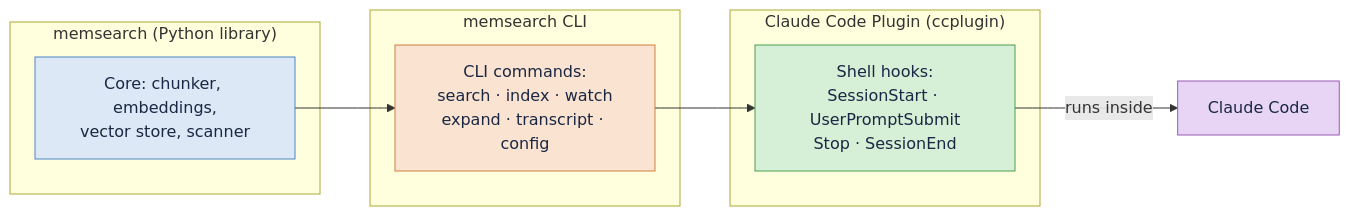
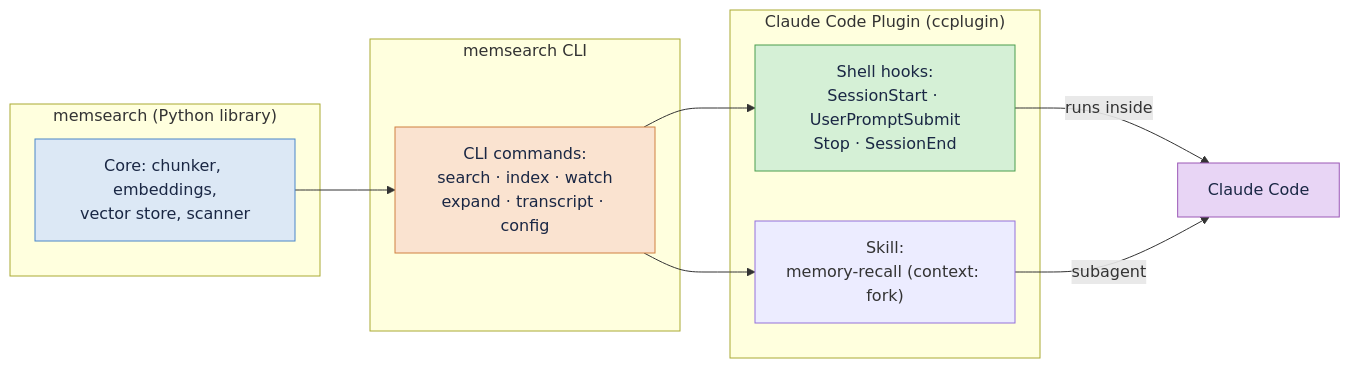
The first of 4 diagrams in ccplugin/README.md (zilliztech/memsearch), drawn with Mermaid before and after one commit. The commit also changed other lines of this file and 5 other files, not shown here.

First line of the commit message:
ccplugin: replace push-based memory injection with skill-based recall (#53)

````diff
--- a/ccplugin/README.md
+++ b/ccplugin/README.md
@@ -11,23 +11,26 @@
 ```mermaid
 graph LR
     subgraph "memsearch (Python library)"
         LIB[Core: chunker, embeddings,<br/>vector store, scanner]
     end
 
     subgraph "memsearch CLI"
         CLI["CLI commands:<br/>search · index · watch<br/>expand · transcript · config"]
     end
 
     subgraph "Claude Code Plugin (ccplugin)"
         HOOKS["Shell hooks:<br/>SessionStart · UserPromptSubmit<br/>Stop · SessionEnd"]
+        SKILL["Skill:<br/>memory-recall (context: fork)"]
     end
 
     LIB --> CLI
     CLI --> HOOKS
+    CLI --> SKILL
     HOOKS -->|"runs inside"| CC[Claude Code]
+    SKILL -->|"subagent"| CC
 
     style LIB fill:#dce8f5,stroke:#4a86c8,color:#1a2744
     style CLI fill:#fae3d0,stroke:#d08040,color:#1a2744
     style HOOKS fill:#d5f0d6,stroke:#4a9e4e,color:#1a2744
     style CC fill:#e8d5f5,stroke:#9b59b6,color:#1a2744
 ```
````
